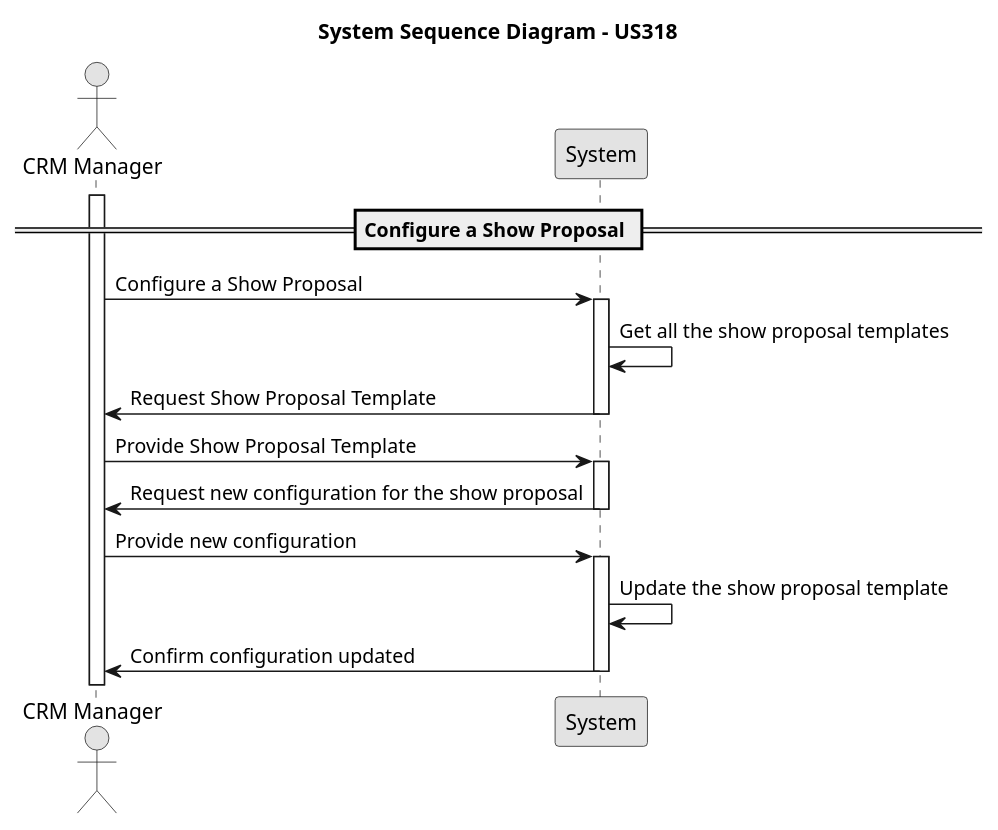
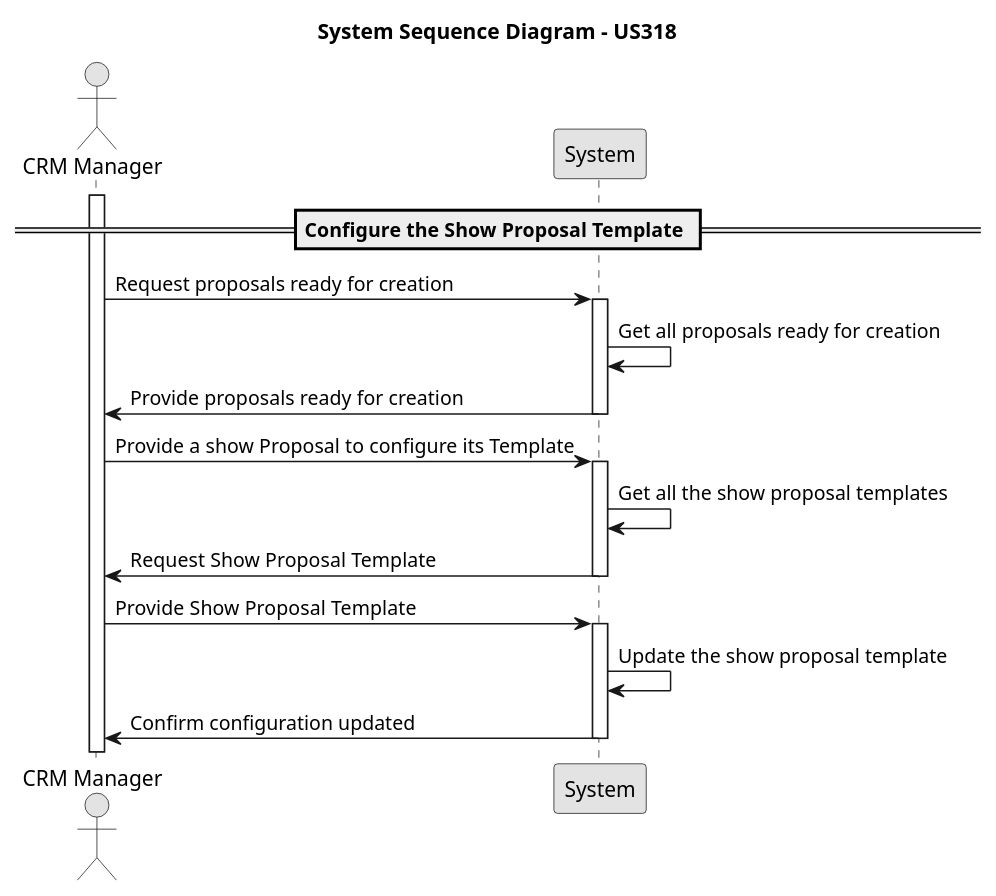
One commit to rubenFreitas1/ISEP-LAPR4-2024-2025 changed the diagram in docs/Sprint3/us_318/diagrams/system-sequence-diagram-US318.puml. Above: the diagram before and after it, drawn with PlantUML. The commit also changed 8 other files, not shown here.

```diff
--- a/docs/Sprint3/us_318/diagrams/system-sequence-diagram-US318.puml
+++ b/docs/Sprint3/us_318/diagrams/system-sequence-diagram-US318.puml
@@ -1,32 +1,37 @@
 @startuml
 skinparam monochrome true
 skinparam packageStyle rectangle
 skinparam shadowing false
 
 actor "CRM Manager" as crmManager
 participant "System" as system
 
 title System Sequence Diagram - US318
 
-== Configure a Show Proposal ==
+== Configure the Show Proposal Template ==
+
 activate crmManager
 
-crmManager -> system : Configure a Show Proposal
+crmManager -> system : Request proposals ready for creation
+activate system
+system -> system : Get all proposals ready for creation
+
+system -> crmManager : Provide proposals ready for creation
+deactivate system
+
+
+crmManager -> system : Provide a show Proposal to configure its Template
 activate system
 
 system ->system: Get all the show proposal templates
 
 system -> crmManager : Request Show Proposal Template
 deactivate system
 crmManager -> system : Provide Show Proposal Template
 
 activate system
-system -> crmManager : Request new configuration for the show proposal
-deactivate system
-crmManager -> system : Provide new configuration
-activate system
 system -> system : Update the show proposal template
 system -> crmManager : Confirm configuration updated
 deactivate system
 
 @enduml
```
